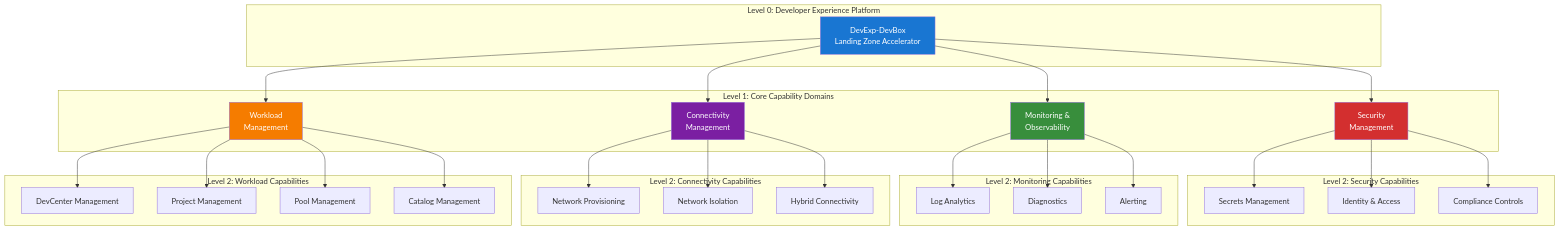
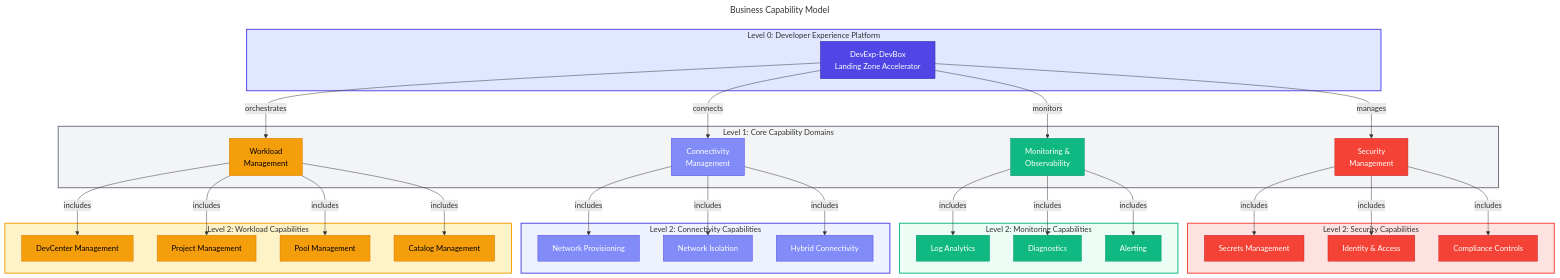
One commit to Evilazaro/DevExp-DevBox changed the third of 6 diagrams in docs/architecture/01-business-architecture.md. Above: the diagram before and after it, drawn with Mermaid. The commit also changed other lines of this file, not shown here.

Commit message:
Enhance Business Architecture documentation with detailed mermaid diagrams for Target Audience, Stakeholder Map, Business Capability Model, Developer Onboarding Value Stream, and Environment Provisioning Lifecycle to improve clarity and navigation.

````diff
--- a/docs/architecture/01-business-architecture.md
+++ b/docs/architecture/01-business-architecture.md
@@ -210,66 +232,92 @@
 ```mermaid
+---
+title: Business Capability Model
+---
 graph TB
-    subgraph "Level 0: Developer Experience Platform"
-        L0[DevExp-DevBox<br/>Landing Zone Accelerator]
+    %% ===== LEVEL 0: ROOT =====
+    subgraph level0["Level 0: Developer Experience Platform"]
+        L0["DevExp-DevBox<br/>Landing Zone Accelerator"]
     end
     
-    subgraph "Level 1: Core Capability Domains"
-        SEC[Security<br/>Management]
-        MON[Monitoring &<br/>Observability]
-        CON[Connectivity<br/>Management]
-        WRK[Workload<br/>Management]
+    %% ===== LEVEL 1: CORE DOMAINS =====
+    subgraph level1["Level 1: Core Capability Domains"]
+        SEC["Security<br/>Management"]
+        MON["Monitoring &<br/>Observability"]
+        CON["Connectivity<br/>Management"]
+        WRK["Workload<br/>Management"]
     end
     
-    subgraph "Level 2: Security Capabilities"
-        SEC1[Secrets Management]
-        SEC2[Identity & Access]
-        SEC3[Compliance Controls]
+    %% ===== LEVEL 2: SECURITY =====
+    subgraph level2sec["Level 2: Security Capabilities"]
+        SEC1["Secrets Management"]
+        SEC2["Identity & Access"]
+        SEC3["Compliance Controls"]
     end
     
-    subgraph "Level 2: Monitoring Capabilities"
-        MON1[Log Analytics]
-        MON2[Diagnostics]
-        MON3[Alerting]
+    %% ===== LEVEL 2: MONITORING =====
+    subgraph level2mon["Level 2: Monitoring Capabilities"]
+        MON1["Log Analytics"]
+        MON2["Diagnostics"]
+        MON3["Alerting"]
     end
     
-    subgraph "Level 2: Connectivity Capabilities"
-        CON1[Network Provisioning]
-        CON2[Network Isolation]
-        CON3[Hybrid Connectivity]
+    %% ===== LEVEL 2: CONNECTIVITY =====
+    subgraph level2con["Level 2: Connectivity Capabilities"]
+        CON1["Network Provisioning"]
+        CON2["Network Isolation"]
+        CON3["Hybrid Connectivity"]
     end
     
-    subgraph "Level 2: Workload Capabilities"
-        WRK1[DevCenter Management]
-        WRK2[Project Management]
-        WRK3[Pool Management]
-        WRK4[Catalog Management]
+    %% ===== LEVEL 2: WORKLOAD =====
+    subgraph level2wrk["Level 2: Workload Capabilities"]
+        WRK1["DevCenter Management"]
+        WRK2["Project Management"]
+        WRK3["Pool Management"]
+        WRK4["Catalog Management"]
     end
     
-    L0 --> SEC
-    L0 --> MON
-    L0 --> CON
-    L0 --> WRK
+    %% ===== RELATIONSHIPS =====
+    L0 -->|manages| SEC
+    L0 -->|monitors| MON
+    L0 -->|connects| CON
+    L0 -->|orchestrates| WRK
     
-    SEC --> SEC1
-    SEC --> SEC2
-    SEC --> SEC3
+    SEC -->|includes| SEC1
+    SEC -->|includes| SEC2
+    SEC -->|includes| SEC3
     
-    MON --> MON1
-    MON --> MON2
-    MON --> MON3
+    MON -->|includes| MON1
+    MON -->|includes| MON2
+    MON -->|includes| MON3
     
-    CON --> CON1
-    CON --> CON2
-    CON --> CON3
+    CON -->|includes| CON1
+    CON -->|includes| CON2
+    CON -->|includes| CON3
     
-    WRK --> WRK1
-    WRK --> WRK2
-    WRK --> WRK3
-    WRK --> WRK4
+    WRK -->|includes| WRK1
+    WRK -->|includes| WRK2
+    WRK -->|includes| WRK3
+    WRK -->|includes| WRK4
     
-    style L0 fill:#1976D2,color:#fff
-    style SEC fill:#D32F2F,color:#fff
-    style MON fill:#388E3C,color:#fff
-    style CON fill:#7B1FA2,color:#fff
-    style WRK fill:#F57C00,color:#fff
+    %% ===== CLASS DEFINITIONS =====
+    classDef primary fill:#4F46E5,stroke:#3730A3,color:#FFFFFF
+    classDef security fill:#F44336,stroke:#C62828,color:#FFFFFF
+    classDef monitoring fill:#10B981,stroke:#059669,color:#FFFFFF
+    classDef connectivity fill:#818CF8,stroke:#4F46E5,color:#FFFFFF
+    classDef workload fill:#F59E0B,stroke:#D97706,color:#000000
+    
+    %% ===== CLASS ASSIGNMENTS =====
+    class L0 primary
+    class SEC,SEC1,SEC2,SEC3 security
+    class MON,MON1,MON2,MON3 monitoring
+    class CON,CON1,CON2,CON3 connectivity
+    class WRK,WRK1,WRK2,WRK3,WRK4 workload
+    
+    %% ===== SUBGRAPH STYLES =====
+    style level0 fill:#E0E7FF,stroke:#4F46E5,stroke-width:2px
+    style level1 fill:#F3F4F6,stroke:#6B7280,stroke-width:2px
+    style level2sec fill:#FEE2E2,stroke:#F44336,stroke-width:2px
+    style level2mon fill:#ECFDF5,stroke:#10B981,stroke-width:2px
+    style level2con fill:#EEF2FF,stroke:#4F46E5,stroke-width:2px
+    style level2wrk fill:#FEF3C7,stroke:#F59E0B,stroke-width:2px
 ```
````
